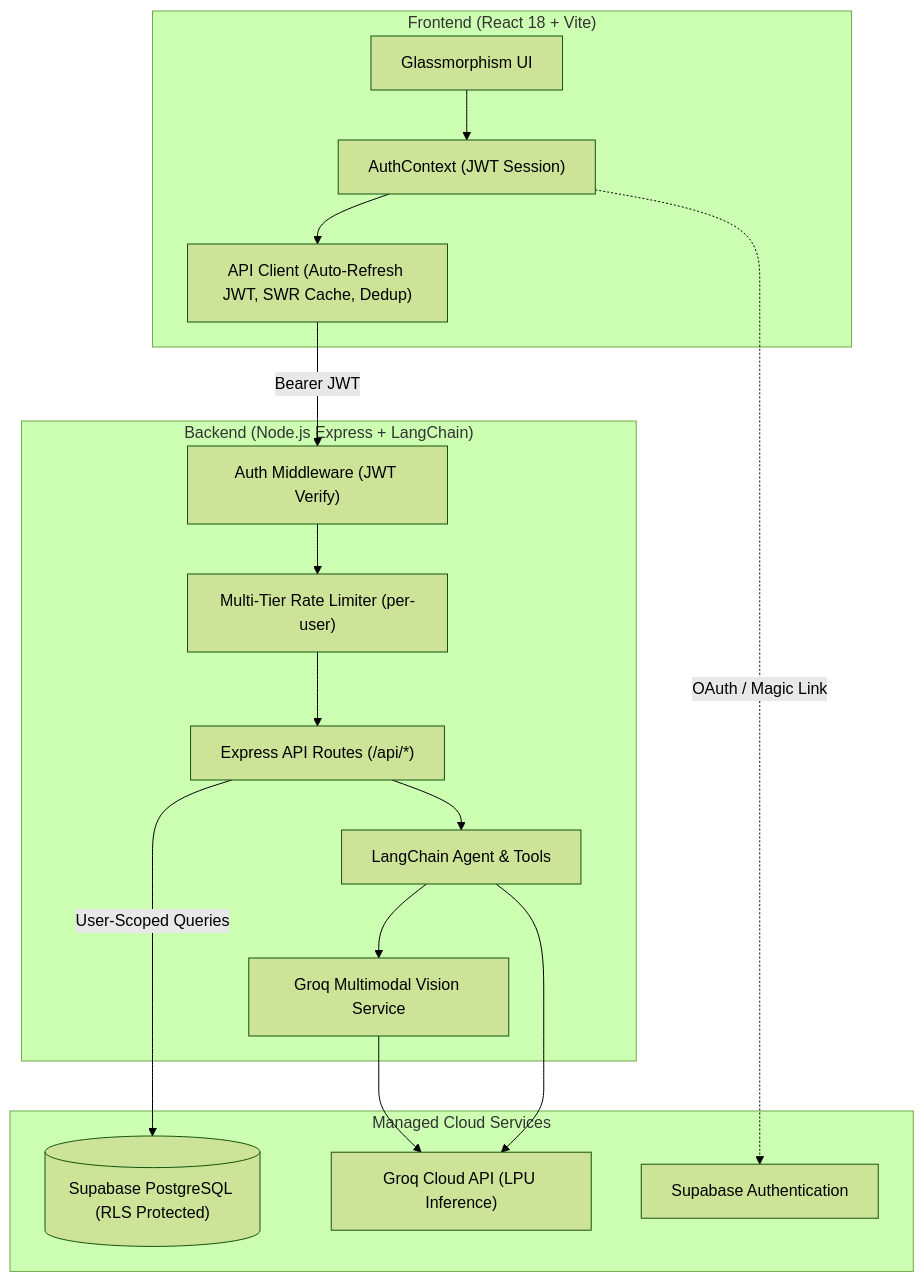
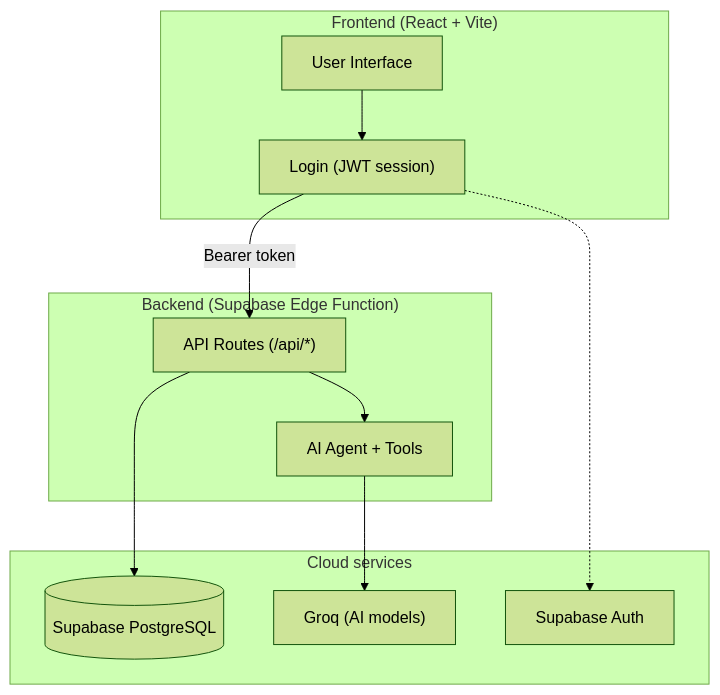
Before and after one commit to aadisthunder/pragati: the diagram in README.md, drawn with Mermaid (forest theme). The commit also changed other lines of this file, not shown here.

````diff
--- a/README.md
+++ b/README.md
@@ -112,34 +79,25 @@
 ```mermaid
 graph TD
-    subgraph Client ["Frontend (React 18 + Vite)"]
-        UI["Glassmorphism UI"]
-        AuthCtx["AuthContext (JWT Session)"]
-        ApiClient["API Client (Auto-Refresh JWT, SWR Cache, Dedup)"]
+    subgraph Client ["Frontend (React + Vite)"]
+        UI["User Interface"]
+        Auth["Login (JWT session)"]
     end
 
-    subgraph Backend ["Backend (Node.js Express + LangChain)"]
-        AuthMW["Auth Middleware (JWT Verify)"]
-        RateLimit["Multi-Tier Rate Limiter (per-user)"]
-        Router["Express API Routes (/api/*)"]
-        Agent["LangChain Agent & Tools"]
-        Vision["Groq Multimodal Vision Service"]
+    subgraph Backend ["Backend (Supabase Edge Function)"]
+        Router["API Routes (/api/*)"]
+        Agent["AI Agent + Tools"]
     end
 
-    subgraph External ["Managed Cloud Services"]
-        Groq["Groq Cloud API (LPU Inference)"]
-        SupabaseAuth["Supabase Authentication"]
-        SupabaseDB[("Supabase PostgreSQL (RLS Protected)")]
+    subgraph External ["Cloud services"]
+        Groq["Groq (AI models)"]
+        SupaAuth["Supabase Auth"]
+        SupaDB[("Supabase PostgreSQL")]
     end
 
-    UI --> AuthCtx
-    AuthCtx --> ApiClient
-    ApiClient -->|Bearer JWT| AuthMW
-    AuthMW --> RateLimit
-    RateLimit --> Router
-    Router -->|User-Scoped Queries| SupabaseDB
+    UI --> Auth
+    Auth -->|"Bearer token"| Router
+    Router --> SupaDB
     Router --> Agent
-    Agent --> Vision
-    Vision --> Groq
     Agent --> Groq
-    AuthCtx -.->|OAuth / Magic Link| SupabaseAuth
+    Auth -.-> SupaAuth
 ```
````
